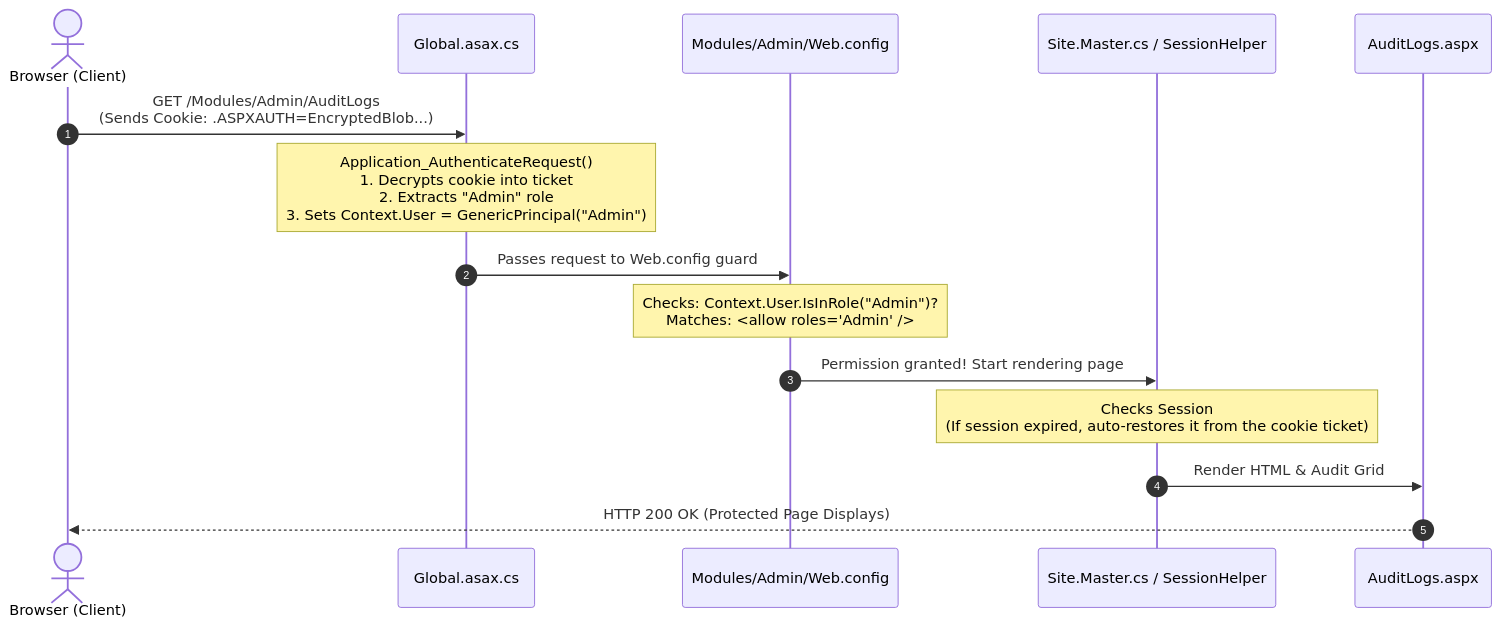
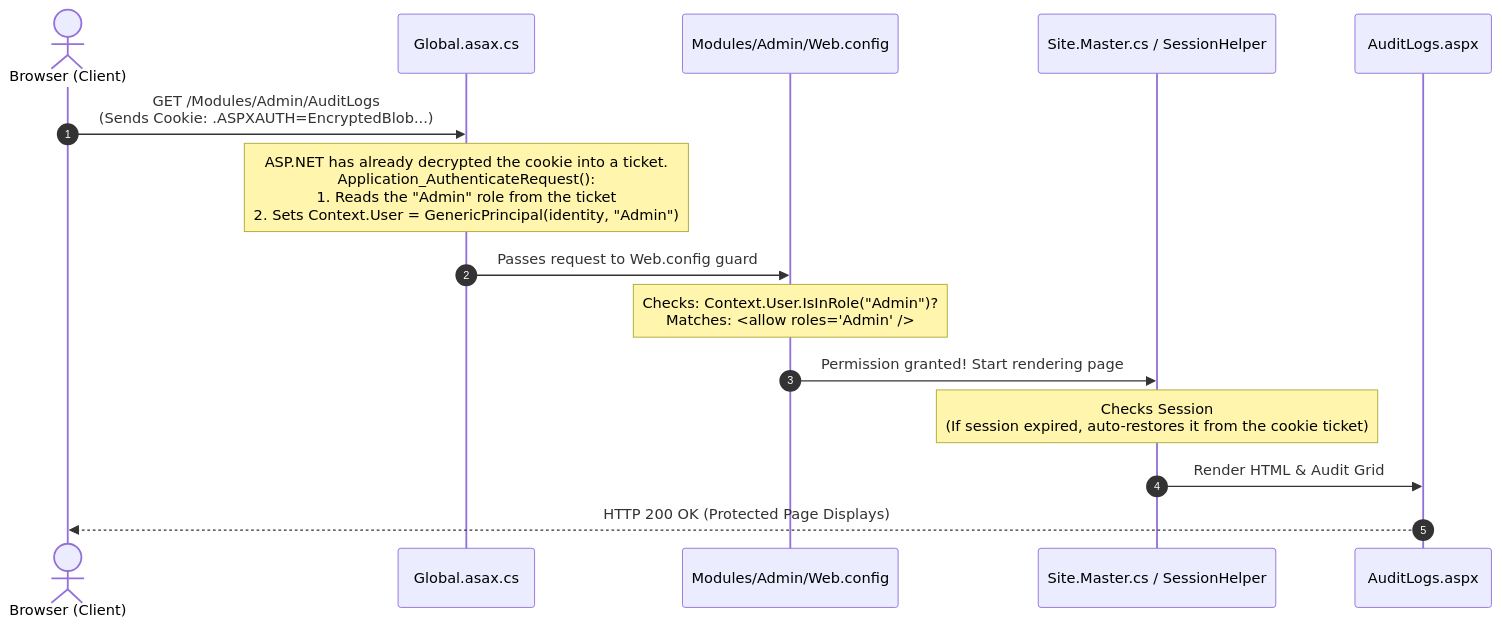
One commit to Elivius/CodeLab changed the second of 2 diagrams in README.md. Above: the diagram before and after it, drawn with Mermaid. The commit also changed other lines of this file, not shown here.

````diff
--- a/README.md
+++ b/README.md
@@ -71,22 +81,22 @@
 ```mermaid
 sequenceDiagram
     autonumber
     actor User as Browser (Client)
     participant Global as Global.asax.cs
     participant Guard as Modules/Admin/Web.config
     participant Master as Site.Master.cs / SessionHelper
     participant Page as AuditLogs.aspx
 
     User->>Global: GET /Modules/Admin/AuditLogs<br/>(Sends Cookie: .ASPXAUTH=EncryptedBlob...)
     
-    Note over Global: Application_AuthenticateRequest()<br/>1. Decrypts cookie into ticket<br/>2. Extracts "Admin" role<br/>3. Sets Context.User = GenericPrincipal("Admin")
+    Note over Global: ASP.NET has already decrypted the cookie into a ticket.<br/>Application_AuthenticateRequest():<br/>1. Reads the "Admin" role from the ticket<br/>2. Sets Context.User = GenericPrincipal(identity, "Admin")
     
     Global->>Guard: Passes request to Web.config guard
     Note over Guard: Checks: Context.User.IsInRole("Admin")?<br/>Matches: <allow roles="Admin" />
     
     Guard->>Master: Permission granted! Start rendering page
     Note over Master: Checks Session<br/>(If session expired, auto-restores it from the cookie ticket)
     
     Master->>Page: Render HTML & Audit Grid
     Page-->>User: HTTP 200 OK (Protected Page Displays)
 ```
````
